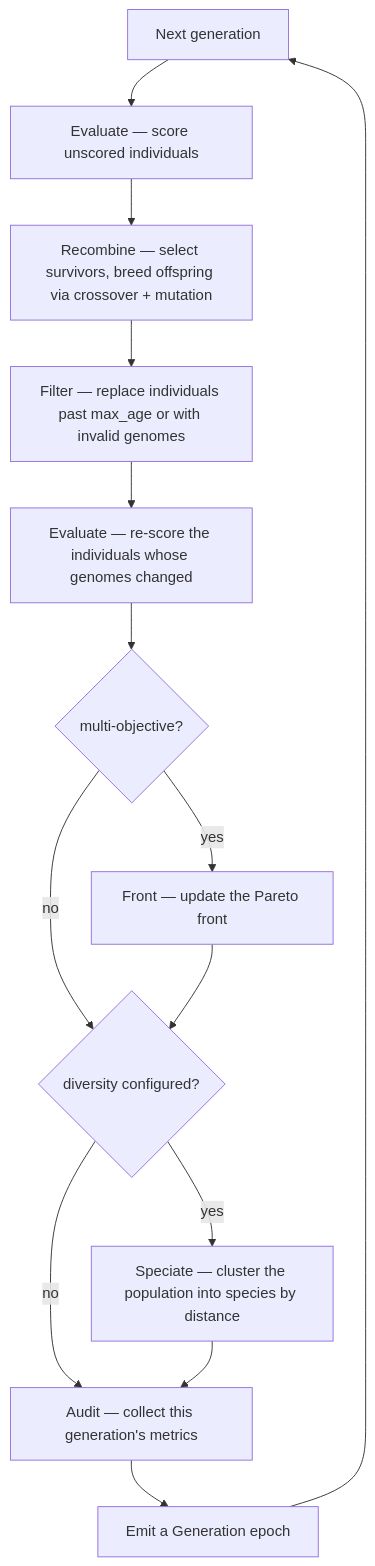
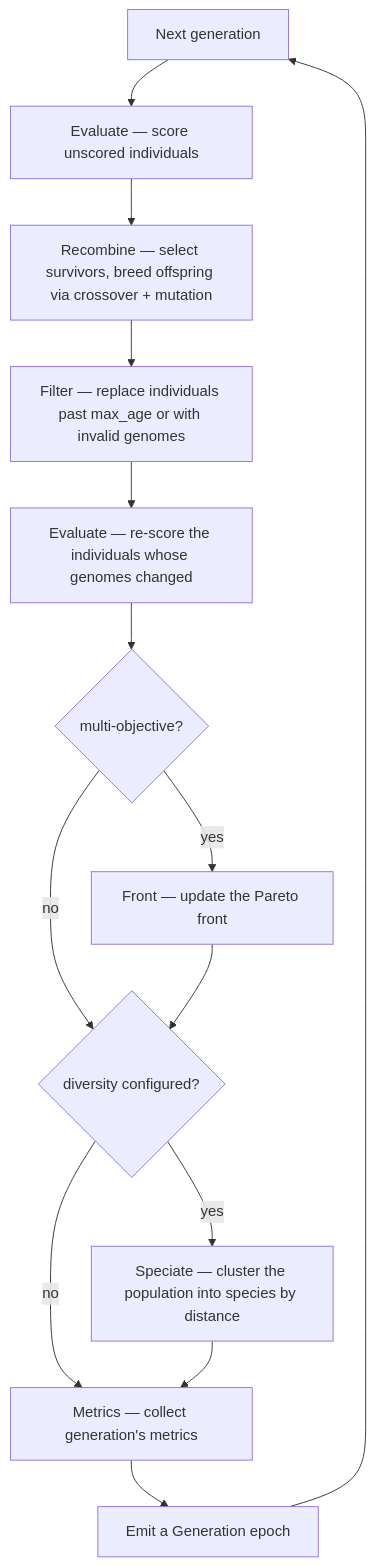
One commit to pkalivas/radiate changed the diagram in docs/source/engine/index.md. Above: the diagram before and after it, drawn with Mermaid. The commit also changed 8 other files, not shown here.

````diff
--- a/docs/source/engine/index.md
+++ b/docs/source/engine/index.md
@@ -34,16 +34,16 @@
 ```mermaid
 flowchart TD
     S[Next generation] --> E1[Evaluate — score unscored individuals]
     E1 --> R[Recombine — select survivors, breed offspring via crossover + mutation]
     R --> F[Filter — replace individuals past max_age or with invalid genomes]
     F --> E2[Evaluate — re-score the individuals whose genomes changed]
     E2 --> MO{multi-objective?}
     MO -->|yes| FR[Front — update the Pareto front]
     MO -->|no| DV{diversity configured?}
     FR --> DV
     DV -->|yes| SP[Speciate — cluster the population into species by distance]
-    DV -->|no| AU[Audit — collect this generation's metrics]
+    DV -->|no| AU[Metrics — collect generation's metrics]
     SP --> AU
     AU --> G[Emit a Generation epoch]
     G --> S
 ```
````
